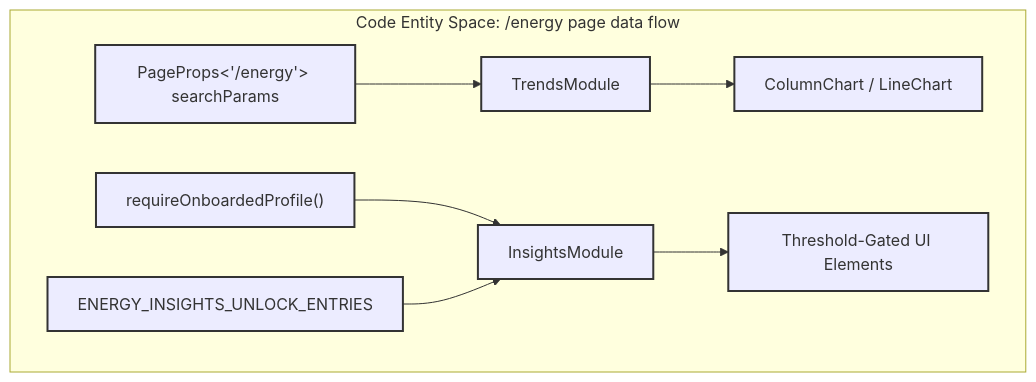
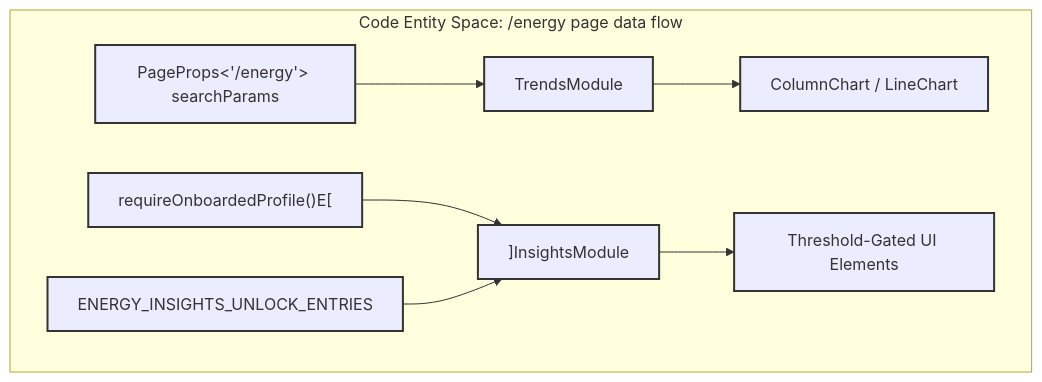
The second of 2 diagrams in pages/3.2-energy-sleep-insights.md (jarrettheflin/immune-fit-Devin-Wiki), drawn with Mermaid before and after one commit. The commit also changed other lines of this file and 22 other files, not shown here.

Commit message:
Repair Mermaid syntax so all 67 diagrams render on GitHub

````diff
--- a/pages/3.2-energy-sleep-insights.md
+++ b/pages/3.2-energy-sleep-insights.md
@@ -124,12 +124,12 @@
 ```mermaid
 graph TD
-    subgraph "Code Entity Space: /energy page data flow"
+    subgraph sg1 ["Code Entity Space: /energy page data flow"]
         A["PageProps<'/energy'> searchParams"] --> B["TrendsModule"]
         B --> C["ColumnChart / LineChart"]
-        D["requireOnboardedProfile()"] --> E["InsightsModule"]
+        D["requireOnboardedProfile()E["] --> E["]InsightsModule"]
         F["ENERGY_INSIGHTS_UNLOCK_ENTRIES"] --> E
         E --> G["Threshold-Gated UI Elements"]
     end
 
     classDef default stroke:#333,stroke-width:2px;
 ```
````
